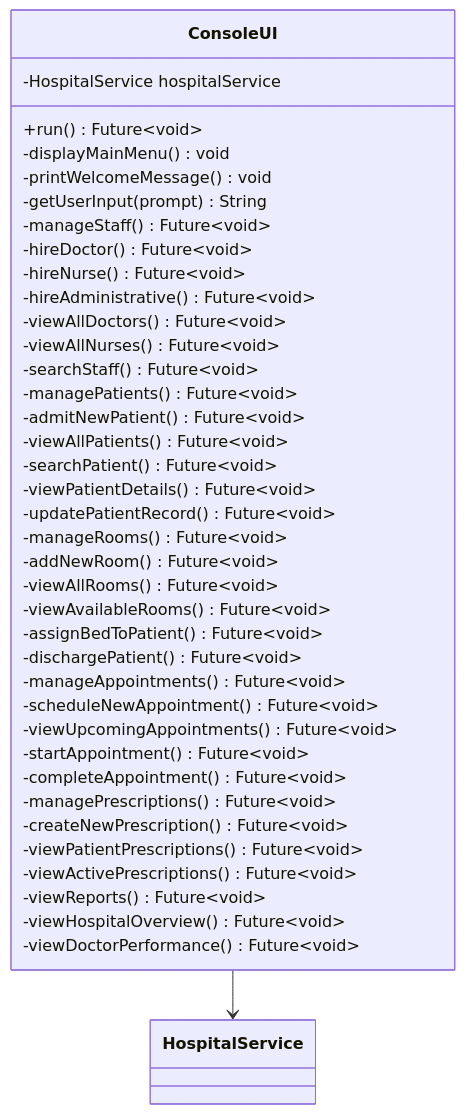
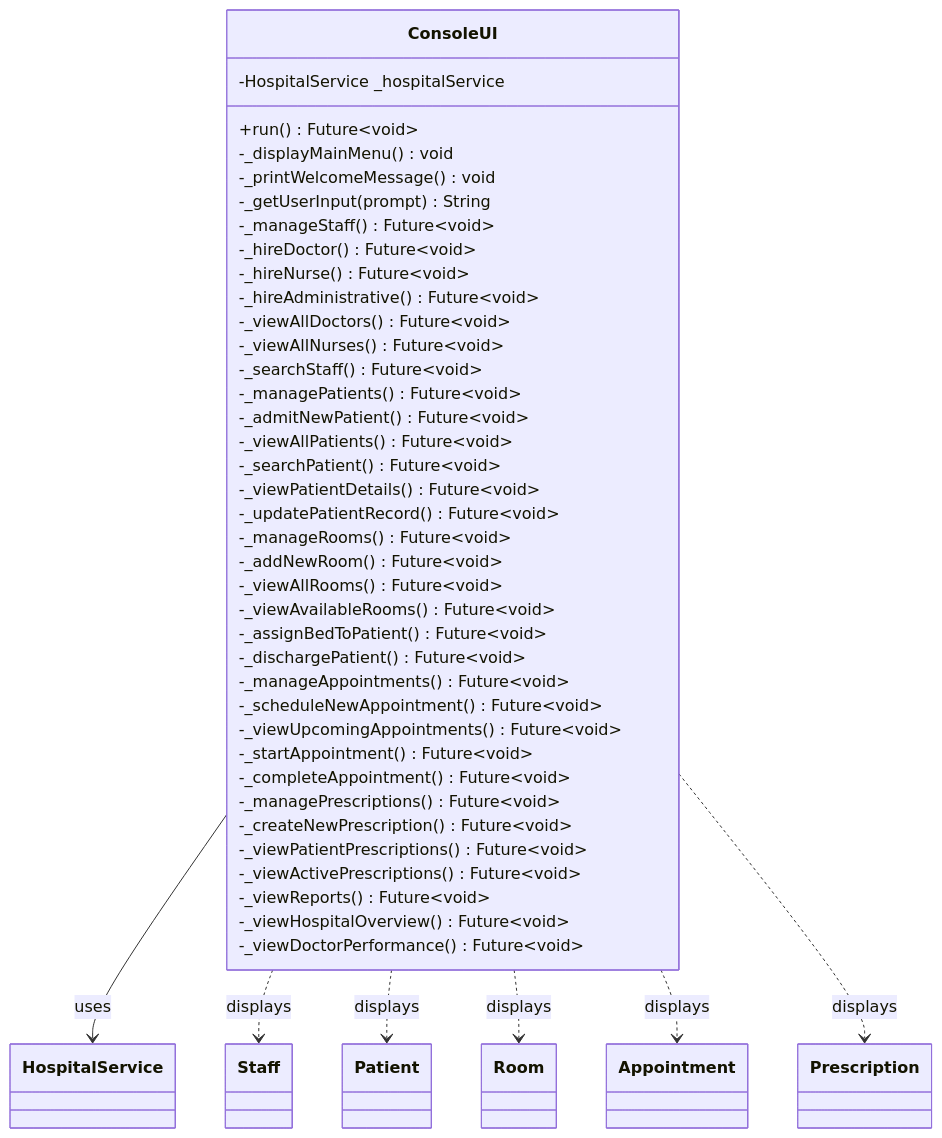
One commit to longboren/Hospital_Management_Systems changed the fourth of 12 diagrams in UML_DIAGRAMS.md. Above: the diagram before and after it, drawn with Mermaid. The commit also changed other lines of this file and 8 other files, not shown here.

````diff
--- a/UML_DIAGRAMS.md
+++ b/UML_DIAGRAMS.md
@@ -363,58 +476,63 @@
 ```mermaid
 classDiagram
     class ConsoleUI {
-        -HospitalService hospitalService
+        -HospitalService _hospitalService
         
         +run() Future~void~
         
-        %% Main Menu
-        -displayMainMenu() void
-        -printWelcomeMessage() void
-        -getUserInput(prompt) String
+        %% Menu Display
+        -_displayMainMenu() void
+        -_printWelcomeMessage() void
+        -_getUserInput(prompt) String
         
         %% Staff Management
-        -manageStaff() Future~void~
-        -hireDoctor() Future~void~
-        -hireNurse() Future~void~
-        -hireAdministrative() Future~void~
-        -viewAllDoctors() Future~void~
-        -viewAllNurses() Future~void~
-        -searchStaff() Future~void~
+        -_manageStaff() Future~void~
+        -_hireDoctor() Future~void~
+        -_hireNurse() Future~void~
+        -_hireAdministrative() Future~void~
+        -_viewAllDoctors() Future~void~
+        -_viewAllNurses() Future~void~
+        -_searchStaff() Future~void~
         
         %% Patient Management
-        -managePatients() Future~void~
-        -admitNewPatient() Future~void~
-        -viewAllPatients() Future~void~
-        -searchPatient() Future~void~
-        -viewPatientDetails() Future~void~
-        -updatePatientRecord() Future~void~
+        -_managePatients() Future~void~
+        -_admitNewPatient() Future~void~
+        -_viewAllPatients() Future~void~
+        -_searchPatient() Future~void~
+        -_viewPatientDetails() Future~void~
+        -_updatePatientRecord() Future~void~
         
         %% Room Management
-        -manageRooms() Future~void~
-        -addNewRoom() Future~void~
-        -viewAllRooms() Future~void~
-        -viewAvailableRooms() Future~void~
-        -assignBedToPatient() Future~void~
-        -dischargePatient() Future~void~
+        -_manageRooms() Future~void~
+        -_addNewRoom() Future~void~
+        -_viewAllRooms() Future~void~
+        -_viewAvailableRooms() Future~void~
+        -_assignBedToPatient() Future~void~
+        -_dischargePatient() Future~void~
         
         %% Appointment Management
-        -manageAppointments() Future~void~
-        -scheduleNewAppointment() Future~void~
-        -viewUpcomingAppointments() Future~void~
-        -startAppointment() Future~void~
-        -completeAppointment() Future~void~
+        -_manageAppointments() Future~void~
+        -_scheduleNewAppointment() Future~void~
+        -_viewUpcomingAppointments() Future~void~
+        -_startAppointment() Future~void~
+        -_completeAppointment() Future~void~
         
         %% Prescription Management
-        -managePrescriptions() Future~void~
-        -createNewPrescription() Future~void~
-        -viewPatientPrescriptions() Future~void~
-        -viewActivePrescriptions() Future~void~
+        -_managePrescriptions() Future~void~
+        -_createNewPrescription() Future~void~
+        -_viewPatientPrescriptions() Future~void~
+        -_viewActivePrescriptions() Future~void~
         
         %% Reports
-        -viewReports() Future~void~
-        -viewHospitalOverview() Future~void~
-        -viewDoctorPerformance() Future~void~
+        -_viewReports() Future~void~
+        -_viewHospitalOverview() Future~void~
+        -_viewDoctorPerformance() Future~void~
     }
     
-    ConsoleUI --> HospitalService
+    ConsoleUI --> HospitalService : uses
+    ConsoleUI ..> Staff : displays
+    ConsoleUI ..> Patient : displays
+    ConsoleUI ..> Room : displays
+    ConsoleUI ..> Appointment : displays
+    ConsoleUI ..> Prescription : displays
 ```
````
